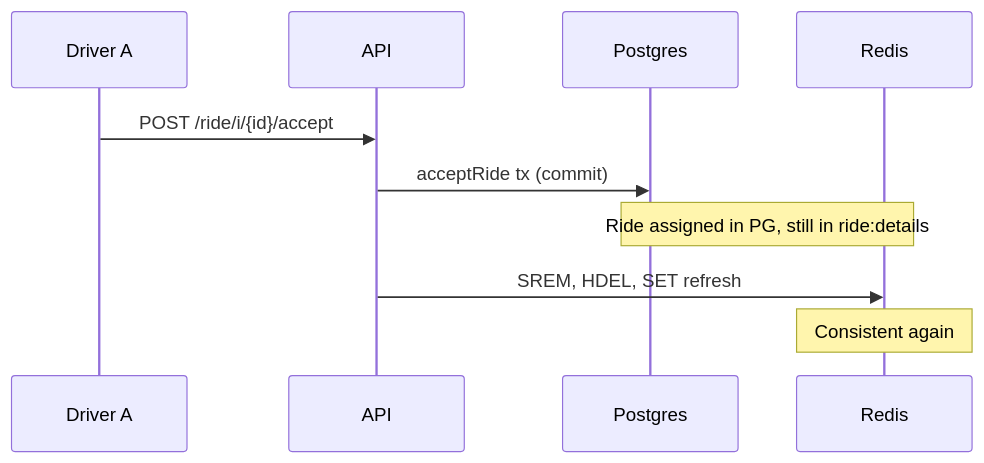
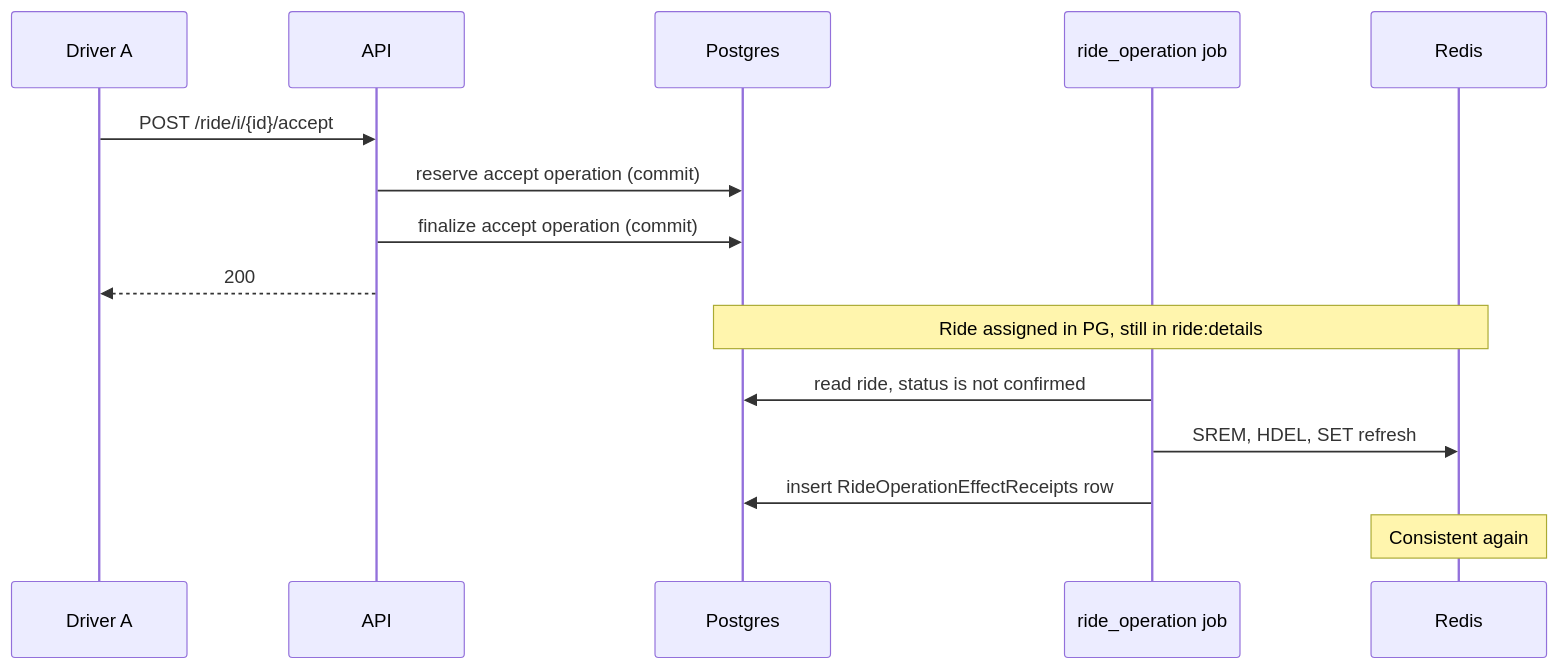
The diagram in engineering/matching/ride-board.mdx (rideyelo/docs), drawn with Mermaid before and after one commit. The commit also changed other lines of this file and 18 other files, not shown here.

````diff
--- a/engineering/matching/ride-board.mdx
+++ b/engineering/matching/ride-board.mdx
@@ -142,12 +138,17 @@
 ```mermaid
 sequenceDiagram
   participant D as Driver A
   participant API
   participant PG as Postgres
+  participant W as ride_operation job
   participant R as Redis
   D->>API: POST /ride/i/{id}/accept
-  API->>PG: acceptRide tx (commit)
+  API->>PG: reserve accept operation (commit)
+  API->>PG: finalize accept operation (commit)
+  API-->>D: 200
   Note over PG,R: Ride assigned in PG, still in ride:details
-  API->>R: SREM, HDEL, SET refresh
+  W->>PG: read ride, status is not confirmed
+  W->>R: SREM, HDEL, SET refresh
+  W->>PG: insert RideOperationEffectReceipts row
   Note over R: Consistent again
 ```
````
